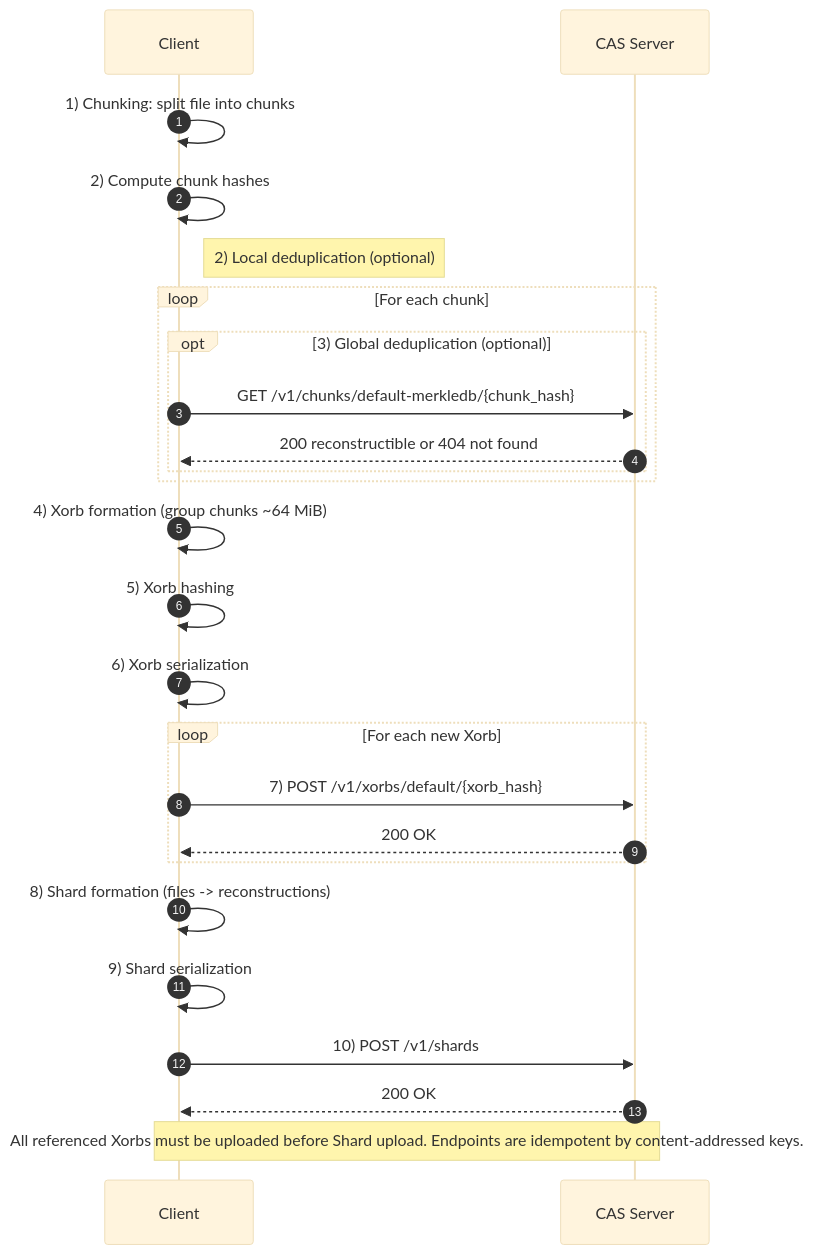
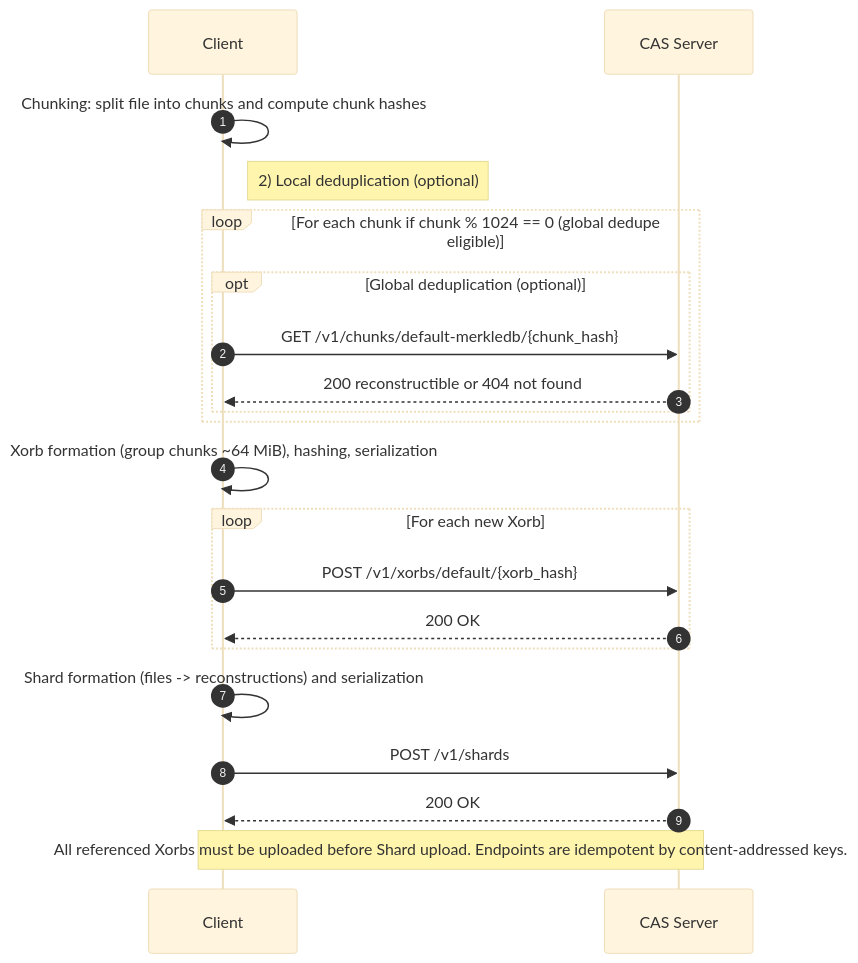
Before and after one commit to huggingface/xet-core: the diagram in spec/upload_protocol.md, drawn with Mermaid (base theme). The commit also changed other lines of this file and 3 other files, not shown here.

````diff
--- a/spec/upload_protocol.md
+++ b/spec/upload_protocol.md
@@ -75,34 +141,30 @@
 ```mermaid
 sequenceDiagram
     autonumber
     participant Client
     participant CAS as CAS Server
 
-    Client->>Client: 1) Chunking: split file into chunks
-    Client->>Client: 2) Compute chunk hashes
+    Client->>Client: Chunking: split file into chunks and compute chunk hashes
 
     Note right of Client: 2) Local deduplication (optional)
 
-    loop For each chunk
-        opt 3) Global deduplication (optional)
+    loop For each chunk if chunk % 1024 == 0 (global dedupe eligible)
+        opt Global deduplication (optional)
             Client->>CAS: GET /v1/chunks/default-merkledb/{chunk_hash}
             CAS-->>Client: 200 reconstructible or 404 not found
         end
     end
 
-    Client->>Client: 4) Xorb formation (group chunks ~64 MiB)
-    Client->>Client: 5) Xorb hashing
-    Client->>Client: 6) Xorb serialization
+    Client->>Client: Xorb formation (group chunks ~64 MiB), hashing, serialization
 
     loop For each new Xorb
-        Client->>CAS: 7) POST /v1/xorbs/default/{xorb_hash}
+        Client->>CAS: POST /v1/xorbs/default/{xorb_hash}
         CAS-->>Client: 200 OK
     end
 
-    Client->>Client: 8) Shard formation (files -> reconstructions)
-    Client->>Client: 9) Shard serialization
-    Client->>CAS: 10) POST /v1/shards
+    Client->>Client: Shard formation (files -> reconstructions) and serialization
+    Client->>CAS: POST /v1/shards
     CAS-->>Client: 200 OK
 
     Note over Client,CAS: All referenced Xorbs must be uploaded before Shard upload. Endpoints are idempotent by content-addressed keys.
 ```
````
